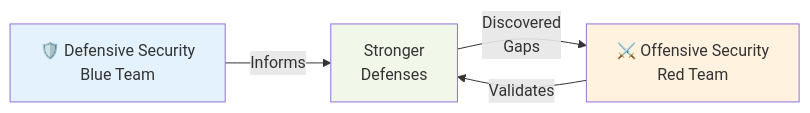
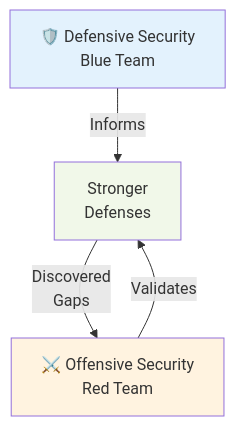
One commit to wahidyankf/open-sharia-enterprise changed the first of 3 diagrams in docs/explanation/information-security/ex-in-se__offensive-security.md. Above: the diagram before and after it, drawn with Mermaid. The commit also changed 5 other files, not shown here.

First line of the commit message:
docs(infosec): convert diagrams to vertical orientation

````diff
--- a/docs/explanation/information-security/ex-in-se__offensive-security.md
+++ b/docs/explanation/information-security/ex-in-se__offensive-security.md
@@ -111,10 +111,10 @@
 ```mermaid
-graph LR
+graph TD
     A["🛡️ Defensive Security<br/>Blue Team"] -->|Informs| C["Stronger<br/>Defenses"]
     B["⚔️ Offensive Security<br/>Red Team"] -->|Validates| C
     C -->|Discovered<br/>Gaps| B
 
     style A fill:#e3f2fd
     style B fill:#fff3e0
     style C fill:#f1f8e9
 ```
````
